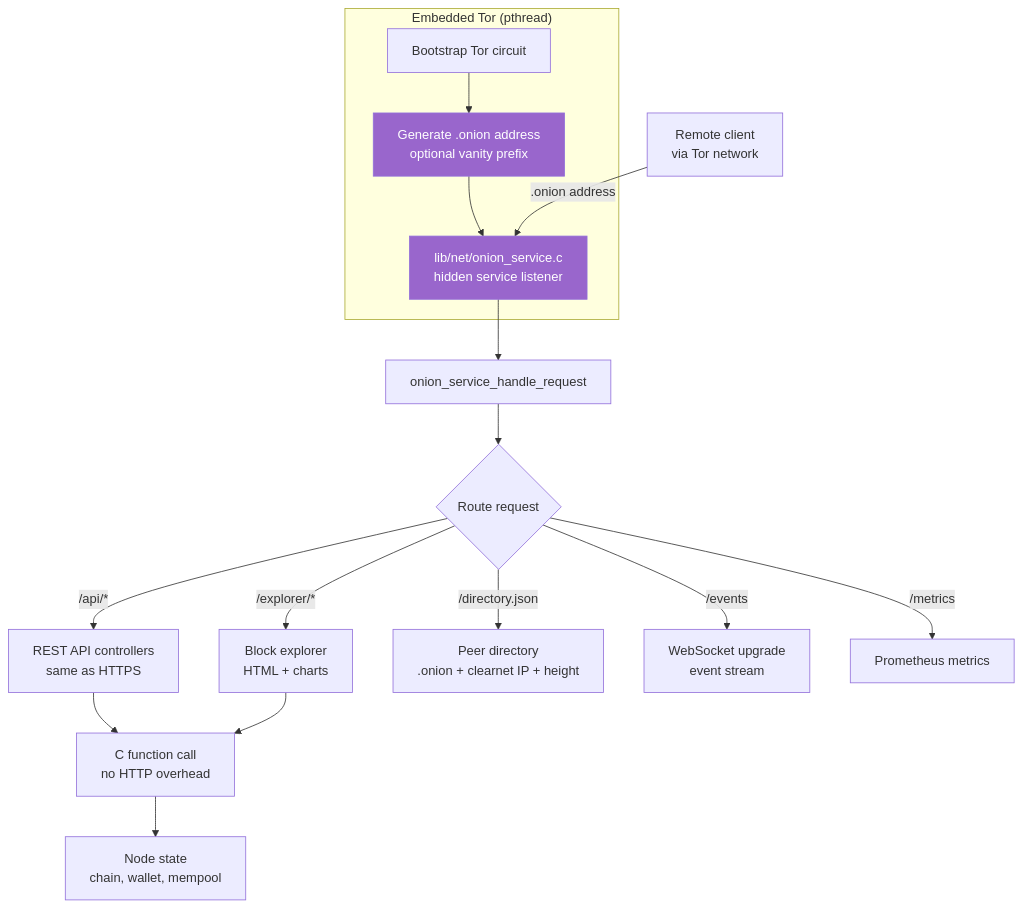
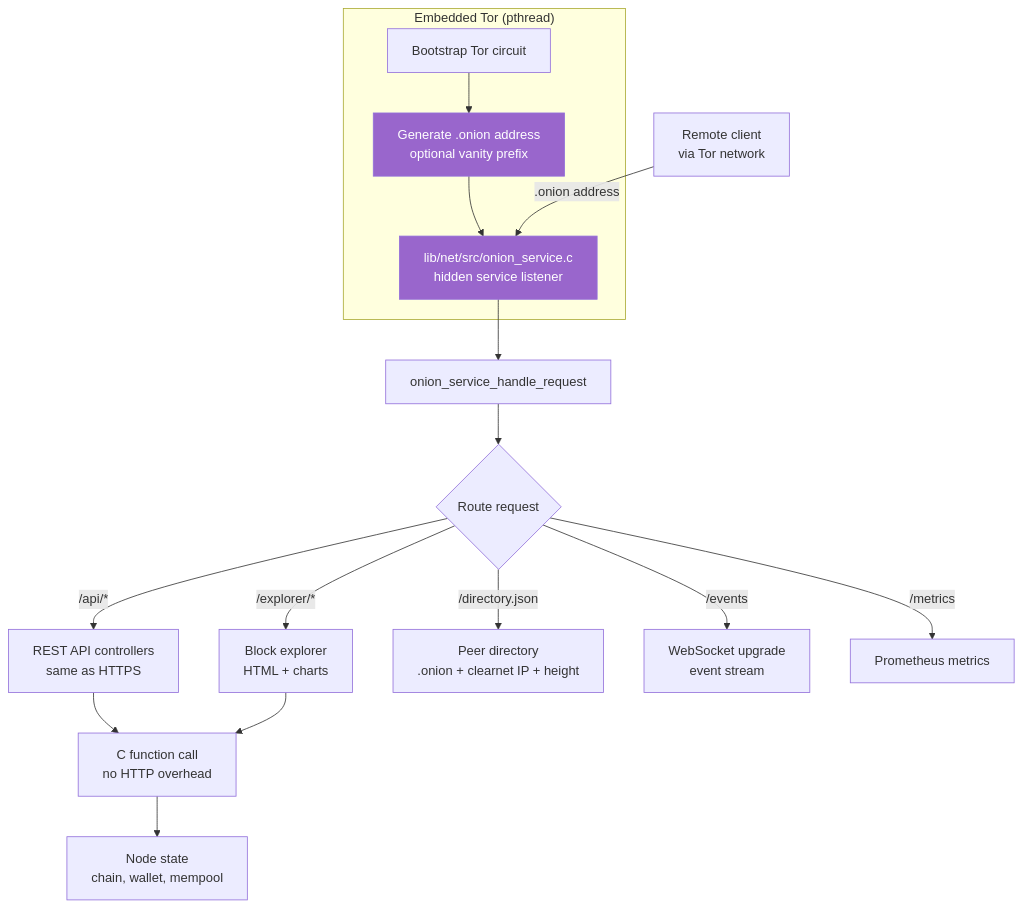
The sixth of 6 diagrams in docs/ARCHITECTURE_DIAGRAMS.md (VictorLux/zclassic-1), drawn with Mermaid before and after one commit. The commit also changed 2 other files, not shown here.

Commit message:
docs: currency fixes on DEFENSIVE_CODING / BOOT_INVARIANTS / diagrams
Verified against the live tree; only the confidently-correct findings
applied. Rejected several audit findings that my own verification showed
were WRONG (kept the docs accurate, not newly-wrong):
  - AR_CACHED_SAVE DOES exist (activerecord.h) — left the doc row.
  - -cold-import and -legacy-attach are LIVE (flag parsing moved to
    config/src/boot.c + legacy_import_service.c; the audit only checked
    main.c) — left LEGACY_LIFECYCLE.md untouched; it needs a dedicated
    review, not these error-prone edits.

Applied:
  DEFENSIVE_CODING.md — lint gate count 17/31 -> 33; the E-series list
    "six" -> the actual ten (E1–E9, E11; E5/E7/E8 were missing); both the
    lib_layering (98) and one_result_type (9) baselines are now empty.
  BOOT_INVARIANTS.md — enum boot_stage lives in the header
    (lib/util/include/util/boot_phase.h), not boot_phase.c.
  ARCHITECTURE_DIAGRAMS.md — onion_service.c path -> lib/net/src/.

````diff
--- a/docs/ARCHITECTURE_DIAGRAMS.md
+++ b/docs/ARCHITECTURE_DIAGRAMS.md
@@ -310,25 +310,25 @@
 ```mermaid
 flowchart TD
     subgraph Tor["Embedded Tor (pthread)"]
         TOR_BOOT[Bootstrap Tor circuit] --> ONION_GEN[Generate .onion address<br/>optional vanity prefix]
-        ONION_GEN --> DYNHOST[lib/net/onion_service.c<br/>hidden service listener]
+        ONION_GEN --> DYNHOST[lib/net/src/onion_service.c<br/>hidden service listener]
     end
 
     REMOTE[Remote client<br/>via Tor network] -->|.onion address| DYNHOST
 
     DYNHOST --> HANDLE[onion_service_handle_request]
     HANDLE --> ROUTE_HTTP{Route request}
 
     ROUTE_HTTP -->|/api/*| REST[REST API controllers<br/>same as HTTPS]
     ROUTE_HTTP -->|/explorer/*| EXPLORER[Block explorer<br/>HTML + charts]
     ROUTE_HTTP -->|/directory.json| DIRECTORY[Peer directory<br/>.onion + clearnet IP + height]
     ROUTE_HTTP -->|/events| WS[WebSocket upgrade<br/>event stream]
     ROUTE_HTTP -->|/metrics| METRICS[Prometheus metrics]
 
     REST --> CONTROLLERS[C function call<br/>no HTTP overhead]
     EXPLORER --> CONTROLLERS
     CONTROLLERS --> NODE[Node state<br/>chain, wallet, mempool]
 
     style DYNHOST fill:#9966cc,color:#fff
     style ONION_GEN fill:#9966cc,color:#fff
 ```
````
